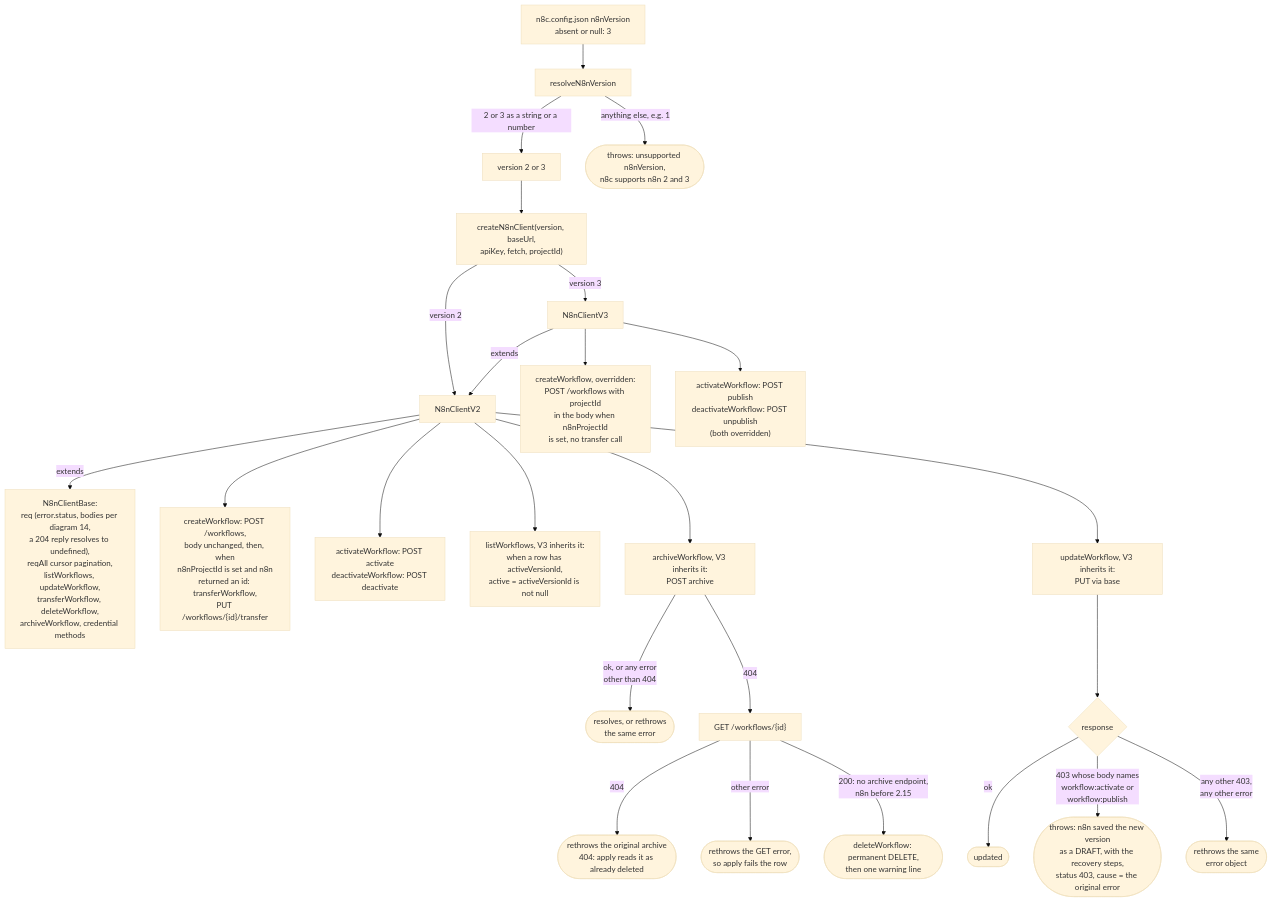
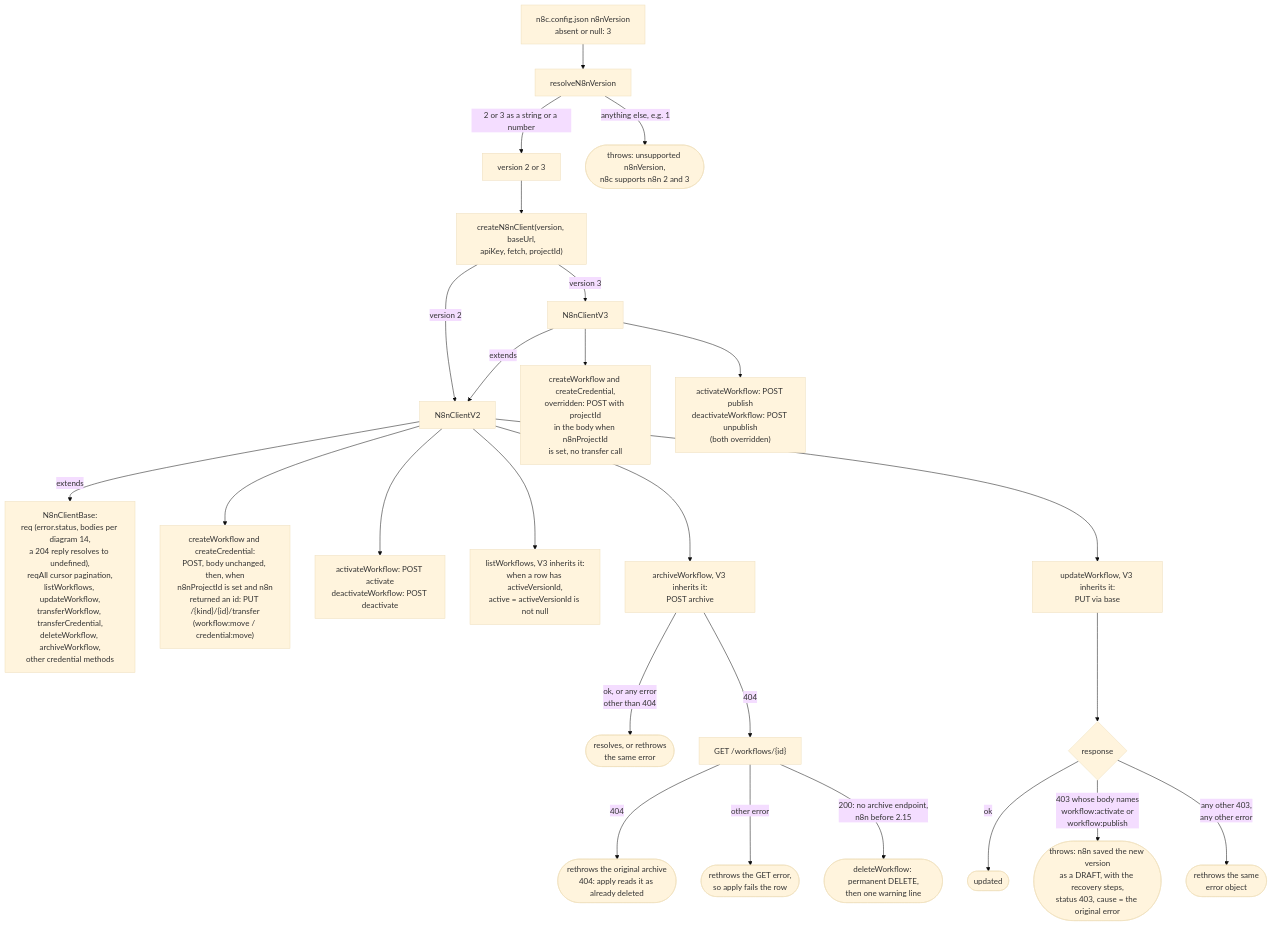
One commit to nullseal/n8c changed diagram 15 of 15 in docs/ARCHITECTURE.md. Above: the diagram before and after it, drawn with Mermaid (base theme). The commit also changed other lines of this file and 6 other files, not shown here.

````diff
--- a/docs/ARCHITECTURE.md
+++ b/docs/ARCHITECTURE.md
@@ -817,27 +817,27 @@
 ```mermaid
 flowchart TD
     CFGV["n8c.config.json n8nVersion<br/>absent or null: 3"] --> RES["resolveN8nVersion"]
     RES -->|"2 or 3 as a string or a number"| OKV["version 2 or 3"]
     RES -->|"anything else, e.g. 1"| ERR(["throws: unsupported n8nVersion,<br/>n8c supports n8n 2 and 3"])
     OKV --> CRE["createN8nClient(version, baseUrl,<br/>apiKey, fetch, projectId)"]
     CRE -->|"version 2"| V2["N8nClientV2"]
     CRE -->|"version 3"| V3["N8nClientV3"]
     V3 -->|"extends"| V2
-    V2 -->|"extends"| BASE["N8nClientBase:<br/>req (error.status, bodies per diagram 14,<br/>a 204 reply resolves to undefined),<br/>reqAll cursor pagination,<br/>listWorkflows, updateWorkflow,<br/>transferWorkflow, deleteWorkflow,<br/>archiveWorkflow, credential methods"]
-    V2 --> CW2["createWorkflow: POST /workflows,<br/>body unchanged, then, when<br/>n8nProjectId is set and n8n<br/>returned an id: transferWorkflow,<br/>PUT /workflows/{id}/transfer"]
+    V2 -->|"extends"| BASE["N8nClientBase:<br/>req (error.status, bodies per diagram 14,<br/>a 204 reply resolves to undefined),<br/>reqAll cursor pagination,<br/>listWorkflows, updateWorkflow,<br/>transferWorkflow, transferCredential,<br/>deleteWorkflow, archiveWorkflow,<br/>other credential methods"]
+    V2 --> CW2["createWorkflow and createCredential:<br/>POST, body unchanged, then, when<br/>n8nProjectId is set and n8n<br/>returned an id: PUT /{kind}/{id}/transfer<br/>(workflow:move / credential:move)"]
     V2 --> AW2["activateWorkflow: POST activate<br/>deactivateWorkflow: POST deactivate"]
-    V3 --> CW3["createWorkflow, overridden:<br/>POST /workflows with projectId<br/>in the body when n8nProjectId<br/>is set, no transfer call"]
+    V3 --> CW3["createWorkflow and createCredential,<br/>overridden: POST with projectId<br/>in the body when n8nProjectId<br/>is set, no transfer call"]
     V3 --> AW3["activateWorkflow: POST publish<br/>deactivateWorkflow: POST unpublish<br/>(both overridden)"]
     V2 --> LW["listWorkflows, V3 inherits it:<br/>when a row has activeVersionId,<br/>active = activeVersionId is not null"]
     V2 --> ARC["archiveWorkflow, V3 inherits it:<br/>POST archive"]
     ARC -->|"ok, or any error<br/>other than 404"| ARCR(["resolves, or rethrows<br/>the same error"])
     ARC -->|"404"| ARCG["GET /workflows/{id}"]
     ARCG -->|"404"| ARCO(["rethrows the original archive<br/>404: apply reads it as already deleted"])
     ARCG -->|"other error"| ARCE(["rethrows the GET error,<br/>so apply fails the row"])
     ARCG -->|"200: no archive endpoint,<br/>n8n before 2.15"| ARCD(["deleteWorkflow: permanent DELETE,<br/>then one warning line"])
     V2 --> UW["updateWorkflow, V3 inherits it:<br/>PUT via base"]
     UW --> R{"response"}
     R -->|"ok"| DONE(["updated"])
     R -->|"403 whose body names<br/>workflow:activate or<br/>workflow:publish"| DRAFT(["throws: n8n saved the new version<br/>as a DRAFT, with the recovery steps,<br/>status 403, cause = the original error"])
     R -->|"any other 403,<br/>any other error"| RETH(["rethrows the same<br/>error object"])
 ```
````
